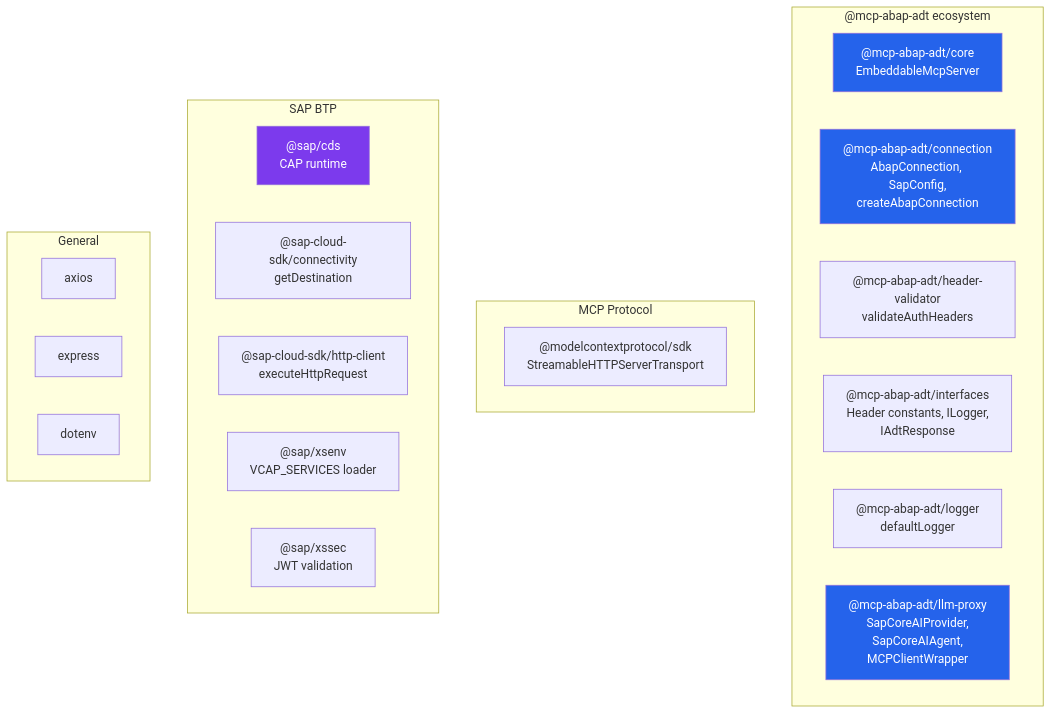
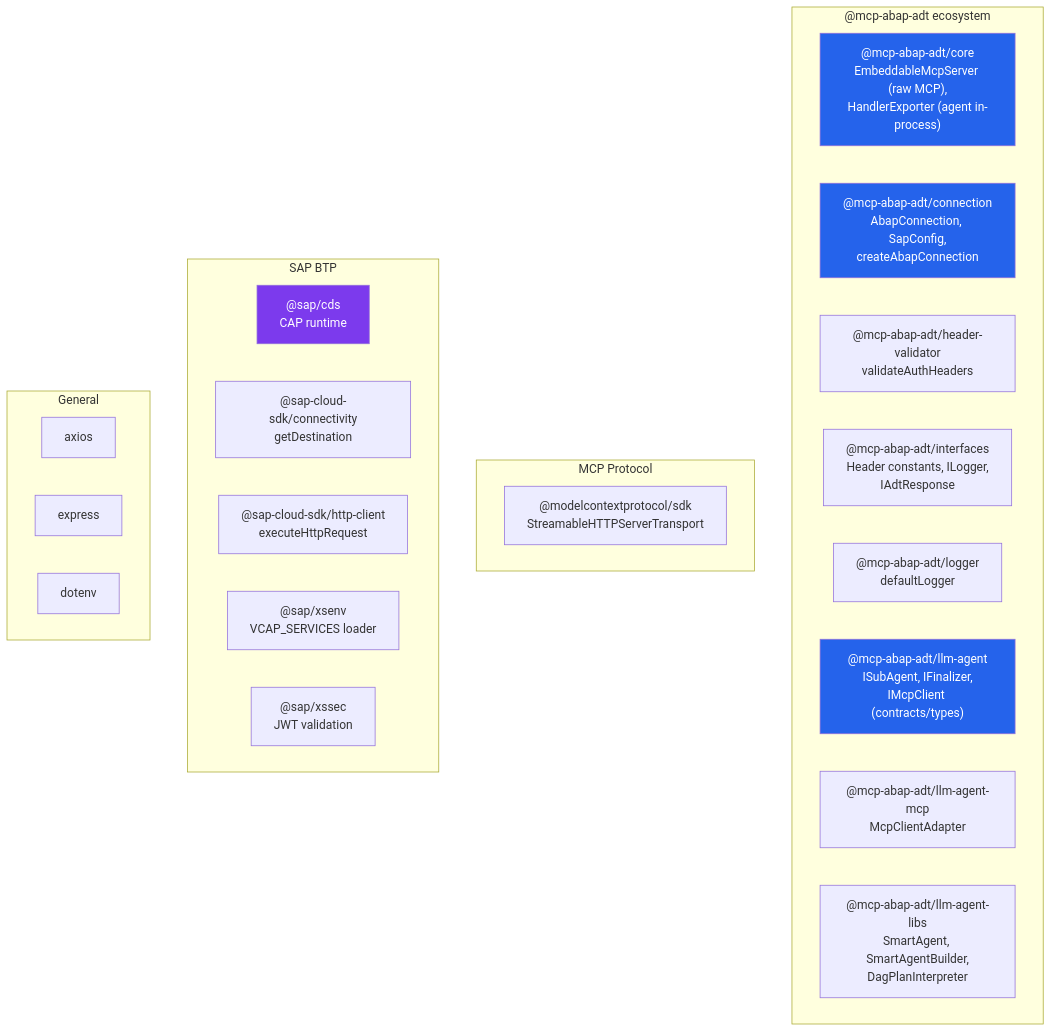
One commit to fr0ster/cloud-llm-hub changed diagram 20 of 24 in docs/architecture/ARCHITECTURE.md. Above: the diagram before and after it, drawn with Mermaid. The commit also changed other lines of this file, not shown here.

First line of the commit message:
docs(architecture): correct stale agent-surface / file-layout / ToC to current reality (PR-186)

````diff
--- a/docs/architecture/ARCHITECTURE.md
+++ b/docs/architecture/ARCHITECTURE.md
@@ -921,34 +1112,36 @@
 ```mermaid
 graph TB
     subgraph "@mcp-abap-adt ecosystem"
-        CORE["@mcp-abap-adt/core<br/>EmbeddableMcpServer"]
+        CORE["@mcp-abap-adt/core<br/>EmbeddableMcpServer (raw MCP),<br/>HandlerExporter (agent in-process)"]
         CONN_PKG["@mcp-abap-adt/connection<br/>AbapConnection, SapConfig,<br/>createAbapConnection"]
         HV_PKG["@mcp-abap-adt/header-validator<br/>validateAuthHeaders"]
         IFACE["@mcp-abap-adt/interfaces<br/>Header constants, ILogger,<br/>IAdtResponse"]
         LOG_PKG["@mcp-abap-adt/logger<br/>defaultLogger"]
-        LLM_PKG["@mcp-abap-adt/llm-proxy<br/>SapCoreAIProvider,<br/>SapCoreAIAgent,<br/>MCPClientWrapper"]
+        LLM_PKG["@mcp-abap-adt/llm-agent<br/>ISubAgent, IFinalizer,<br/>IMcpClient (contracts/types)"]
+        LLM_MCP_PKG["@mcp-abap-adt/llm-agent-mcp<br/>McpClientAdapter"]
+        LLM_LIBS_PKG["@mcp-abap-adt/llm-agent-libs<br/>SmartAgent, SmartAgentBuilder,<br/>DagPlanInterpreter"]
     end
 
     subgraph "MCP Protocol"
         MCP_SDK["@modelcontextprotocol/sdk<br/>StreamableHTTPServerTransport"]
     end
 
     subgraph "SAP BTP"
         SAP_CDS["@sap/cds<br/>CAP runtime"]
         SAP_SDK_C["@sap-cloud-sdk/connectivity<br/>getDestination"]
         SAP_SDK_H["@sap-cloud-sdk/http-client<br/>executeHttpRequest"]
         SAP_XSENV["@sap/xsenv<br/>VCAP_SERVICES loader"]
         SAP_XSSEC["@sap/xssec<br/>JWT validation"]
     end
 
     subgraph "General"
         AXIOS["axios"]
         EXPRESS["express"]
         DOTENV["dotenv"]
     end
 
     style CORE fill:#2563eb,color:#fff
     style CONN_PKG fill:#2563eb,color:#fff
     style LLM_PKG fill:#2563eb,color:#fff
     style SAP_CDS fill:#7c3aed,color:#fff
 ```
````
